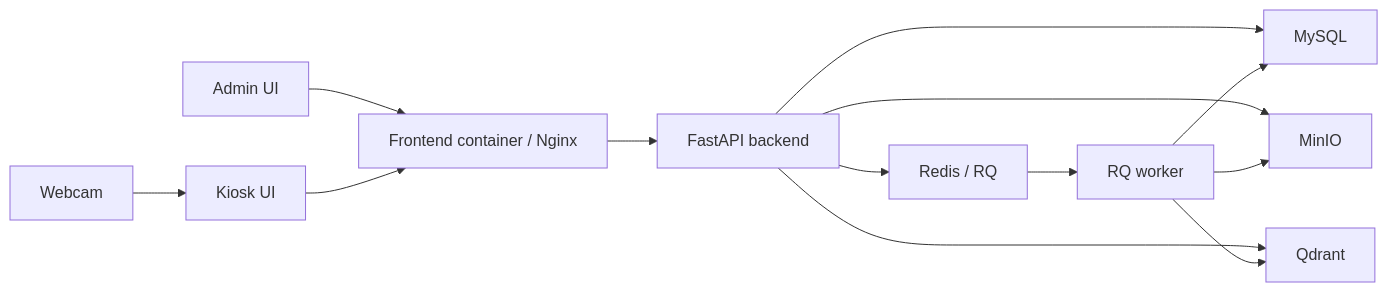
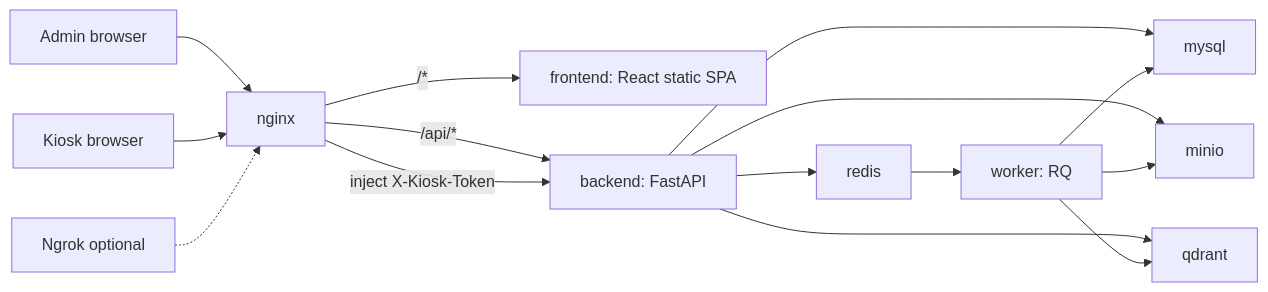
The second of 6 diagrams in docs/diagrams.md (nguyenthanhlam2812/BTL_2526II_AIT3004_2-facial-recognition-system), drawn with Mermaid before and after one commit. The commit also changed other lines of this file and 11 other files, not shown here.

````diff
--- a/docs/diagrams.md
+++ b/docs/diagrams.md
@@ -5,26 +53,20 @@
 ```mermaid
 flowchart LR
-    Admin["Admin UI"]
-    Kiosk["Kiosk UI"]
-    Frontend["Frontend container / Nginx"]
-    Backend["FastAPI backend"]
-    Worker["RQ worker"]
-    Redis["Redis / RQ"]
-    MySQL["MySQL"]
-    MinIO["MinIO"]
-    Qdrant["Qdrant"]
-    Camera["Webcam"]
+    AdminBrowser["Admin browser"] --> Nginx["nginx"]
+    KioskBrowser["Kiosk browser"] --> Nginx
+    Nginx -->|"/*"| Frontend["frontend: React static SPA"]
+    Nginx -->|"/api/*"| Backend["backend: FastAPI"]
+    Nginx -->|"inject X-Kiosk-Token"| Backend
 
-    Admin --> Frontend
-    Kiosk --> Frontend
-    Camera --> Kiosk
-    Frontend --> Backend
-    Backend --> MySQL
-    Backend --> MinIO
-    Backend --> Qdrant
-    Backend --> Redis
-    Redis --> Worker
+    Backend --> MySQL["mysql"]
+    Backend --> Redis["redis"]
+    Backend --> MinIO["minio"]
+    Backend --> Qdrant["qdrant"]
+
+    Redis --> Worker["worker: RQ"]
     Worker --> MinIO
     Worker --> Qdrant
     Worker --> MySQL
+
+    Ngrok["Ngrok optional"] -.-> Nginx
 ```
````
